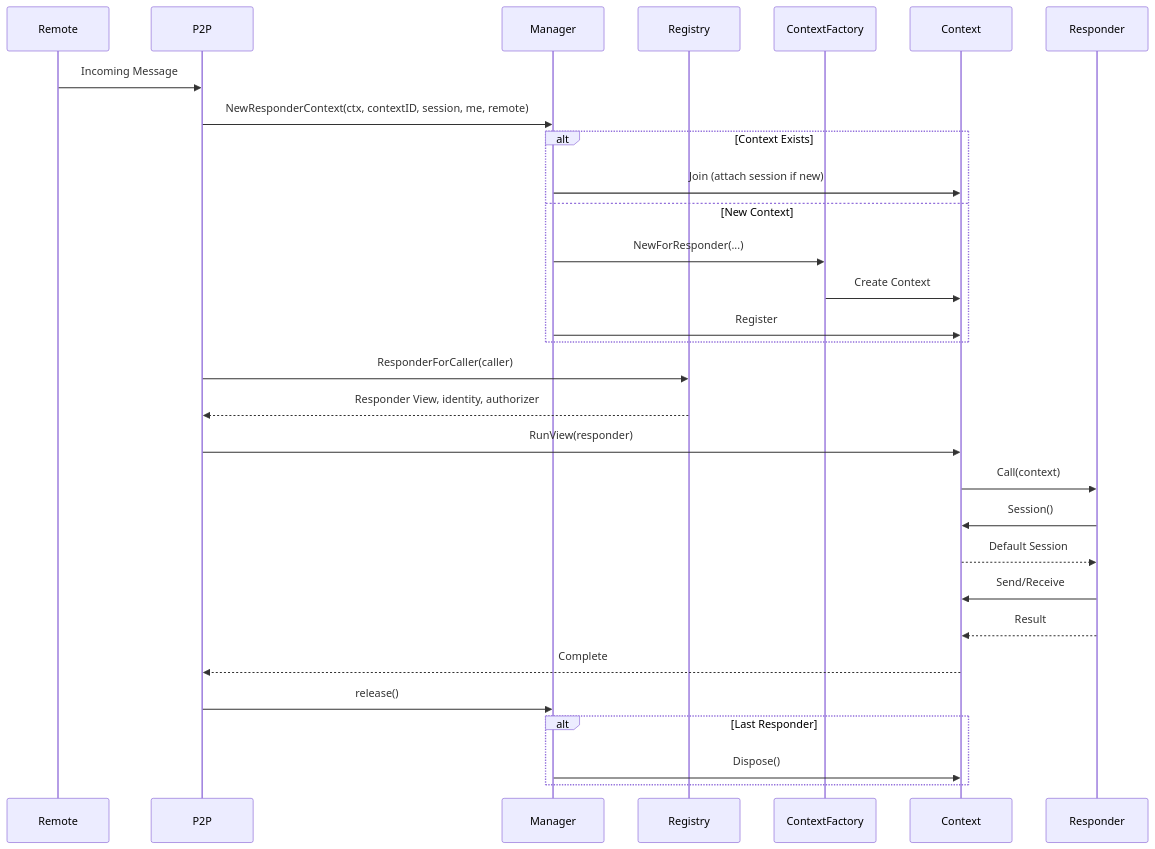
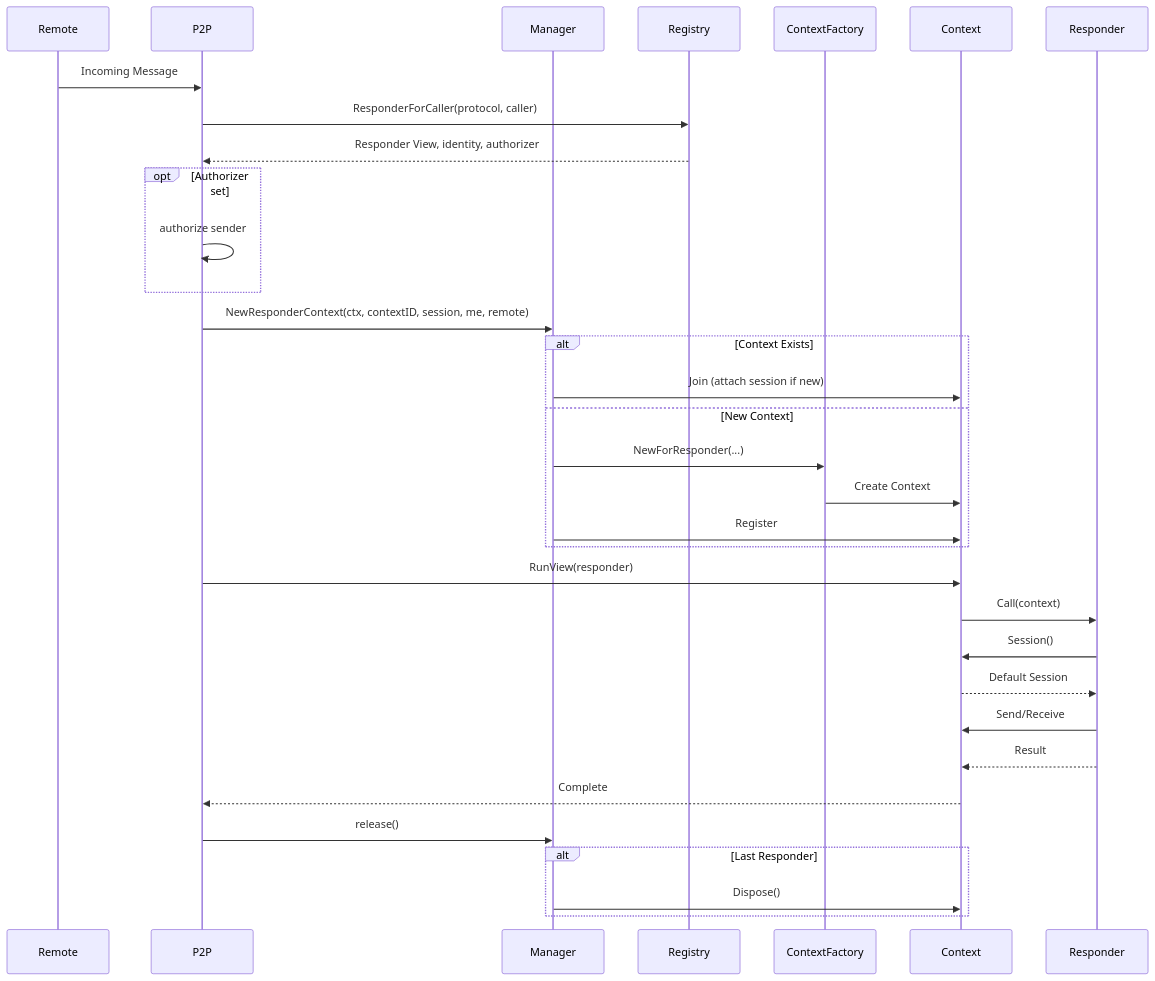
The third of 4 diagrams in docs/platform/view/services/view-service.md (hyperledger-labs/fabric-smart-client), drawn with Mermaid before and after one commit. The commit also changed other lines of this file and 7 other files, not shown here.

````diff
--- a/docs/platform/view/services/view-service.md
+++ b/docs/platform/view/services/view-service.md
@@ -187,40 +190,43 @@
 ```mermaid
 sequenceDiagram
     participant Remote
     participant P2P
     participant Manager
     participant Registry
     participant ContextFactory
     participant Context
     participant Responder
 
     Remote->>P2P: Incoming Message
+    P2P->>Registry: ResponderForCaller(protocol, caller)
+    Registry-->>P2P: Responder View, identity, authorizer
+    opt Authorizer set
+        P2P->>P2P: authorize sender
+    end
+
     P2P->>Manager: NewResponderContext(ctx, contextID, session, me, remote)
-    
+
     alt Context Exists
         Manager->>Context: Join (attach session if new)
     else New Context
         Manager->>ContextFactory: NewForResponder(...)
         ContextFactory->>Context: Create Context
         Manager->>Context: Register
     end
-    
-    P2P->>Registry: ResponderForCaller(caller)
-    Registry-->>P2P: Responder View, identity, authorizer
     
     P2P->>Context: RunView(responder)
     Context->>Responder: Call(context)
     
     Responder->>Context: Session()
     Context-->>Responder: Default Session
     
     Responder->>Context: Send/Receive
     
     Responder-->>Context: Result
     Context-->>P2P: Complete
     
     P2P->>Manager: release()
     alt Last Responder
         Manager->>Context: Dispose()
     end
 ```
````
